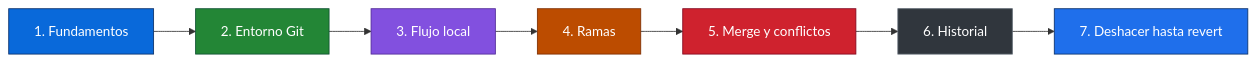
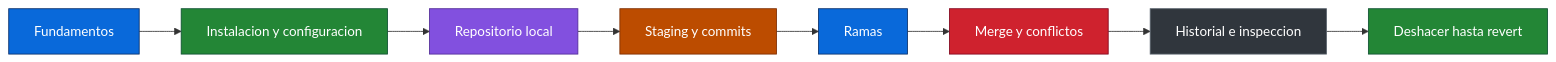
The first of 23 diagrams in README.md (7on2/curso-git-github-desde-cero), drawn with Mermaid before and after one commit. The commit also changed other lines of this file, not shown here.

````diff
--- a/README.md
+++ b/README.md
@@ -23,17 +42,19 @@
 ```mermaid
 flowchart LR
-    A["1. Fundamentos"] --> B["2. Entorno Git"]
-    B --> C["3. Flujo local"]
-    C --> D["4. Ramas"]
-    D --> E["5. Merge y conflictos"]
-    E --> F["6. Historial"]
-    F --> G["7. Deshacer hasta revert"]
+    A["Fundamentos"] --> B["Instalacion y configuracion"]
+    B --> C["Repositorio local"]
+    C --> D["Staging y commits"]
+    D --> E["Ramas"]
+    E --> F["Merge y conflictos"]
+    F --> G["Historial e inspeccion"]
+    G --> H["Deshacer hasta revert"]
 
     style A fill:#0969da,stroke:#0a3069,color:#ffffff
     style B fill:#238636,stroke:#0f5132,color:#ffffff
     style C fill:#8250df,stroke:#512a97,color:#ffffff
     style D fill:#bc4c00,stroke:#7d2d00,color:#ffffff
-    style E fill:#cf222e,stroke:#82071e,color:#ffffff
-    style F fill:#30363d,stroke:#57606a,color:#ffffff
-    style G fill:#1f6feb,stroke:#0a3069,color:#ffffff
+    style E fill:#0969da,stroke:#0a3069,color:#ffffff
+    style F fill:#cf222e,stroke:#82071e,color:#ffffff
+    style G fill:#30363d,stroke:#57606a,color:#ffffff
+    style H fill:#238636,stroke:#0f5132,color:#ffffff
 ```
````
